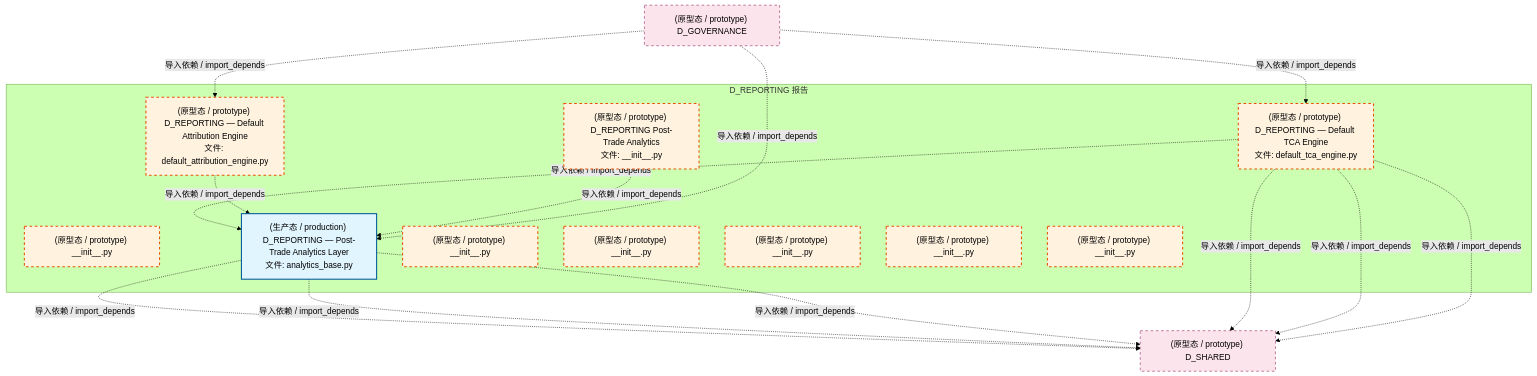
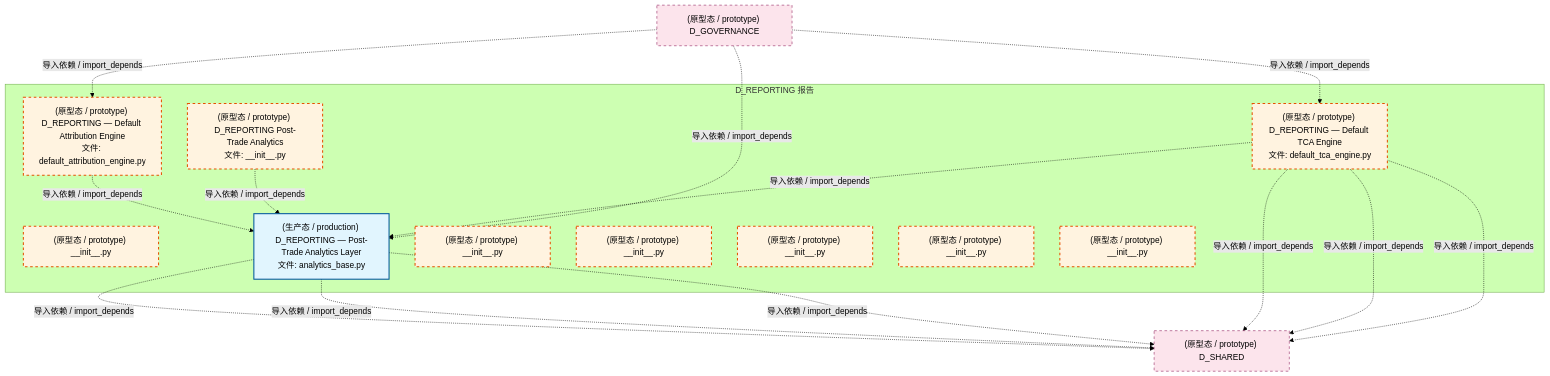
The first of 4 diagrams in docs/02_enterprise_architecture/02_domain_architecture_docs/16_d_reporting.md (xuanFelixVan/ZephyrAlpha), drawn with Mermaid (forest theme) before and after one commit. The commit also changed other lines of this file and 99 other files, not shown here.

````diff
--- a/docs/02_enterprise_architecture/02_domain_architecture_docs/16_d_reporting.md
+++ b/docs/02_enterprise_architecture/02_domain_architecture_docs/16_d_reporting.md
@@ -73,36 +73,36 @@
 ```mermaid
 graph TD
     subgraph D_REPORTING["D_REPORTING 报告"]
         src_zephyr_reporting_init_py["(原型态 / prototype) D_REPORTING Post-Trade Analytics<br/>文件: __init__.py"]
         src_zephyr_reporting_extensions_init_py["(原型态 / prototype) __init__.py"]
         src_zephyr_reporting_analytics_base_py["(生产态 / production) D_REPORTING — Post-Trade Analytics Layer<br/>文件: analytics_base.py"]
         src_zephyr_reporting_api_init_py["(原型态 / prototype) __init__.py"]
         src_zephyr_reporting_core_init_py["(原型态 / prototype) __init__.py"]
         src_zephyr_reporting_default_attribution_engine_py["(原型态 / prototype) D_REPORTING — Default Attribution Engine<br/>文件: default_attribution_engine.py"]
         src_zephyr_reporting_default_tca_engine_py["(原型态 / prototype) D_REPORTING — Default TCA Engine<br/>文件: default_tca_engine.py"]
         src_zephyr_reporting_infrastructure_init_py["(原型态 / prototype) __init__.py"]
         src_zephyr_reporting_models_init_py["(原型态 / prototype) __init__.py"]
         src_zephyr_reporting_services_init_py["(原型态 / prototype) __init__.py"]
     end
-    src_zephyr_reporting_default_tca_engine_py -.->|导入依赖 / import_depends| src_zephyr_reporting_analytics_base_py
     src_zephyr_reporting_default_attribution_engine_py -.->|导入依赖 / import_depends| src_zephyr_reporting_analytics_base_py
     src_zephyr_reporting_init_py -.->|导入依赖 / import_depends| src_zephyr_reporting_analytics_base_py
+    src_zephyr_reporting_default_tca_engine_py -.->|导入依赖 / import_depends| src_zephyr_reporting_analytics_base_py
     D_SHARED["(原型态 / prototype) D_SHARED"]
     src_zephyr_reporting_analytics_base_py -.->|导入依赖 / import_depends| D_SHARED
     src_zephyr_reporting_analytics_base_py -.->|导入依赖 / import_depends| D_SHARED
     src_zephyr_reporting_analytics_base_py -.->|导入依赖 / import_depends| D_SHARED
     src_zephyr_reporting_default_tca_engine_py -.->|导入依赖 / import_depends| D_SHARED
     src_zephyr_reporting_default_tca_engine_py -.->|导入依赖 / import_depends| D_SHARED
     src_zephyr_reporting_default_tca_engine_py -.->|导入依赖 / import_depends| D_SHARED
     D_GOVERNANCE["(原型态 / prototype) D_GOVERNANCE"]
     D_GOVERNANCE -.->|导入依赖 / import_depends| src_zephyr_reporting_default_attribution_engine_py
     D_GOVERNANCE -.->|导入依赖 / import_depends| src_zephyr_reporting_default_tca_engine_py
     D_GOVERNANCE -.->|导入依赖 / import_depends| src_zephyr_reporting_analytics_base_py
     classDef production fill:#e1f5fe,stroke:#01579b,stroke-width:2px,color:#000
     classDef design fill:#fff3e0,stroke:#e65100,stroke-width:2px,color:#000,stroke-dasharray: 5 5
     classDef external_prod fill:#e8f5e9,stroke:#1b5e20,stroke-width:1px,color:#000
     classDef external_design fill:#fce4ec,stroke:#880e4f,stroke-width:1px,color:#000,stroke-dasharray: 5 5
     class src_zephyr_reporting_analytics_base_py production
     class src_zephyr_reporting_init_py,src_zephyr_reporting_extensions_init_py,src_zephyr_reporting_api_init_py,src_zephyr_reporting_core_init_py,src_zephyr_reporting_default_attribution_engine_py,src_zephyr_reporting_default_tca_engine_py,src_zephyr_reporting_infrastructure_init_py,src_zephyr_reporting_models_init_py,src_zephyr_reporting_services_init_py design
     class D_SHARED,D_GOVERNANCE external_design
 ```
````
